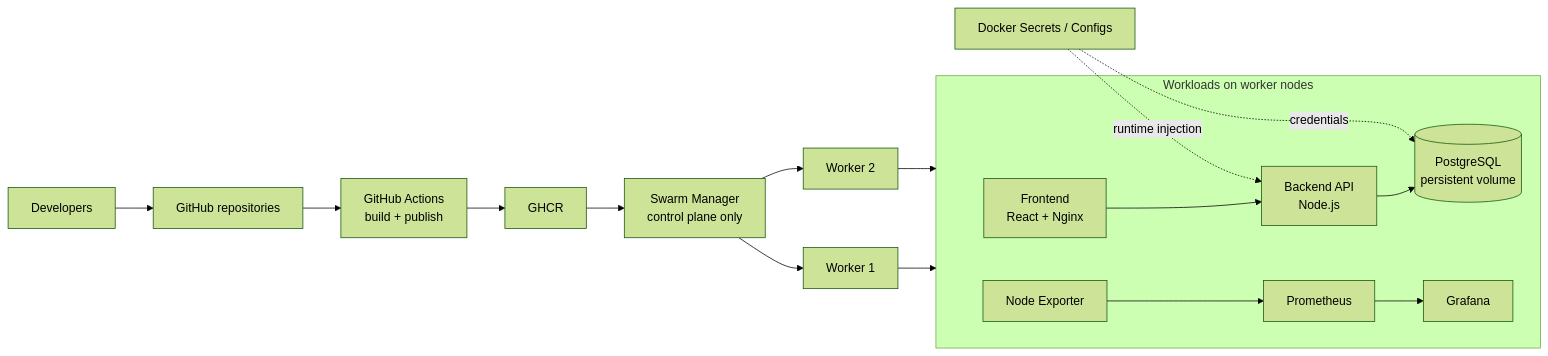
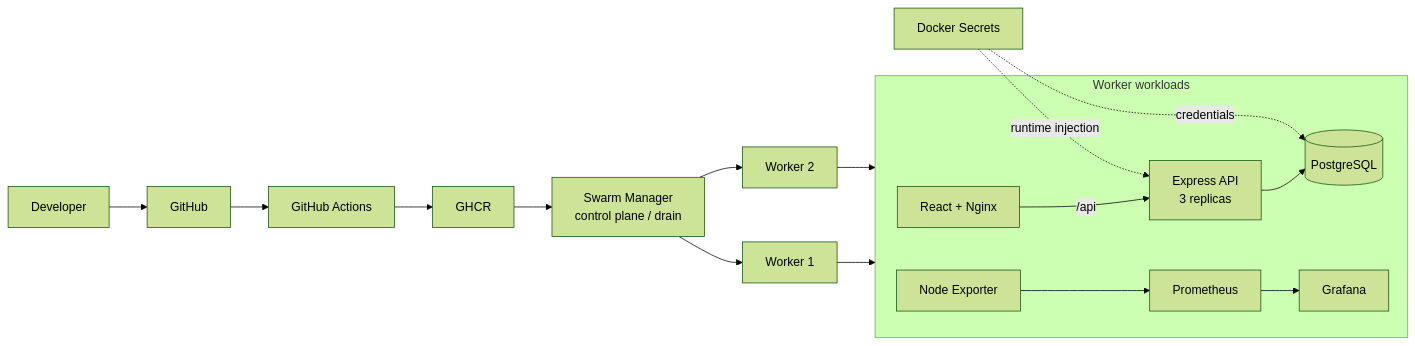
The diagram in README.md (syifaniads/knowhub-devops-platform), drawn with Mermaid (forest theme) before and after one commit. The commit also changed other lines of this file and 69 other files, not shown here.

Commit message:
refactor: consolidate full KnowHub app and DevOps stack

````diff
--- a/README.md
+++ b/README.md
@@ -26,26 +38,26 @@
 ```mermaid
 flowchart LR
-    DEV[Developers] --> GH[GitHub repositories]
-    GH --> GA[GitHub Actions\nbuild + publish]
-    GA --> REG[GHCR]
+    DEV[Developer] --> GH[GitHub]
+    GH --> CI[GitHub Actions]
+    CI --> REG[GHCR]
 
-    REG --> M[Swarm Manager\ncontrol plane only]
+    REG --> M[Swarm Manager\ncontrol plane / drain]
     M --> W1[Worker 1]
     M --> W2[Worker 2]
 
-    subgraph DATA[Workloads on worker nodes]
-      FE[Frontend\nReact + Nginx]
-      API[Backend API\nNode.js]
-      DB[(PostgreSQL\npersistent volume)]
+    subgraph APP[Worker workloads]
+      FE[React + Nginx]
+      API[Express API\n3 replicas]
+      DB[(PostgreSQL)]
       NE[Node Exporter]
       PROM[Prometheus]
       GRAF[Grafana]
     end
 
-    W1 --> DATA
-    W2 --> DATA
-    FE --> API --> DB
+    W1 --> APP
+    W2 --> APP
+    FE -->|/api| API --> DB
     NE --> PROM --> GRAF
-    SEC[Docker Secrets / Configs] -. runtime injection .-> API
+    SEC[Docker Secrets] -. runtime injection .-> API
     SEC -. credentials .-> DB
 ```
````
